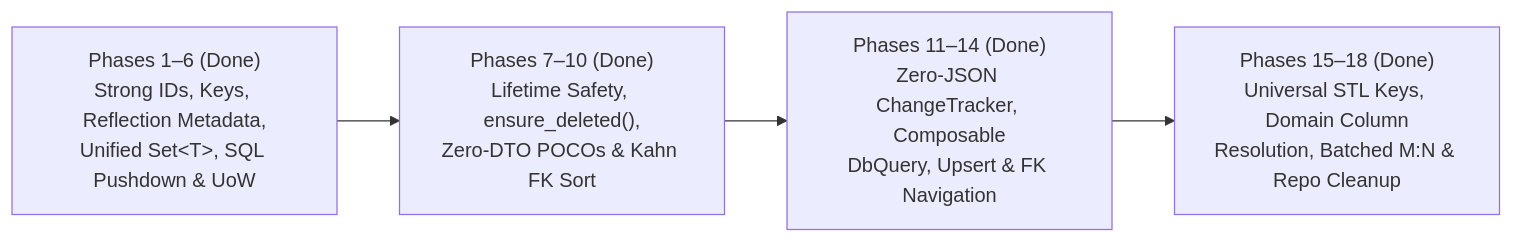
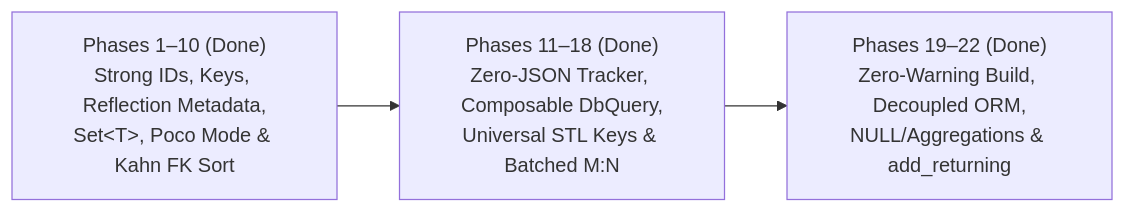
The first of 2 diagrams in readme4.md (mythrz/CodeFirstCppDB_sqlgen), drawn with Mermaid before and after one commit. The commit also changed other lines of this file, not shown here.

````diff
--- a/readme4.md
+++ b/readme4.md
@@ -252,6 +227,5 @@
 ```mermaid
 flowchart LR
-    P16["Phases 1–6 (Done)<br/>Strong IDs, Keys, Reflection Metadata,<br/>Unified Set&lt;T&gt;, SQL Pushdown &amp; UoW"] --> P710["Phases 7–10 (Done)<br/>Lifetime Safety, ensure_deleted(),<br/>Zero-DTO POCOs &amp; Kahn FK Sort"]
-    P710 --> P1114["Phases 11–14 (Done)<br/>Zero-JSON ChangeTracker, Composable<br/>DbQuery, Upsert &amp; FK Navigation"]
-    P1114 --> P1518["Phases 15–18 (Done)<br/>Universal STL Keys, Domain Column<br/>Resolution, Batched M:N &amp; Repo Cleanup"]
+    P110["Phases 1–10 (Done)<br/>Strong IDs, Keys, Reflection Metadata,<br/>Set&lt;T&gt;, Poco Mode &amp; Kahn FK Sort"] --> P1118["Phases 11–18 (Done)<br/>Zero-JSON Tracker, Composable DbQuery,<br/>Universal STL Keys &amp; Batched M:N"]
+    P1118 --> P1922["Phases 19–22 (Done)<br/>Zero-Warning Build, Decoupled ORM,<br/>NULL/Aggregations &amp; add_returning"]
 ```
````
